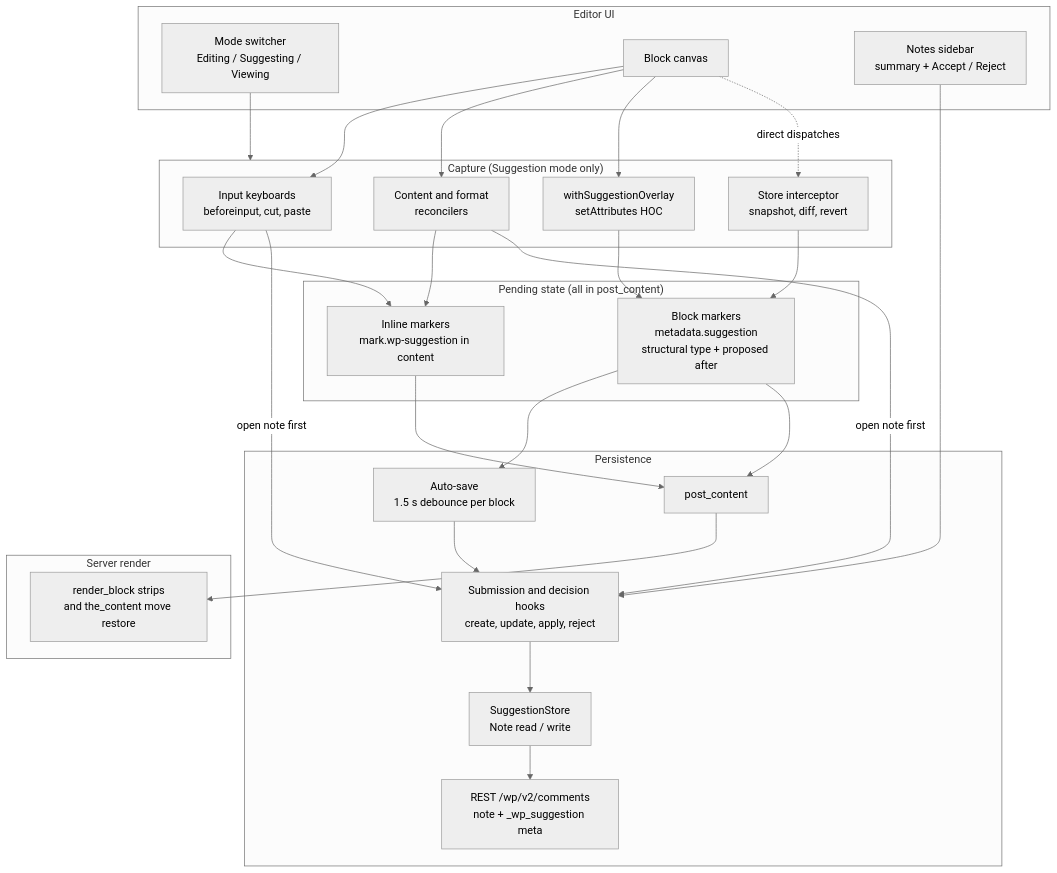
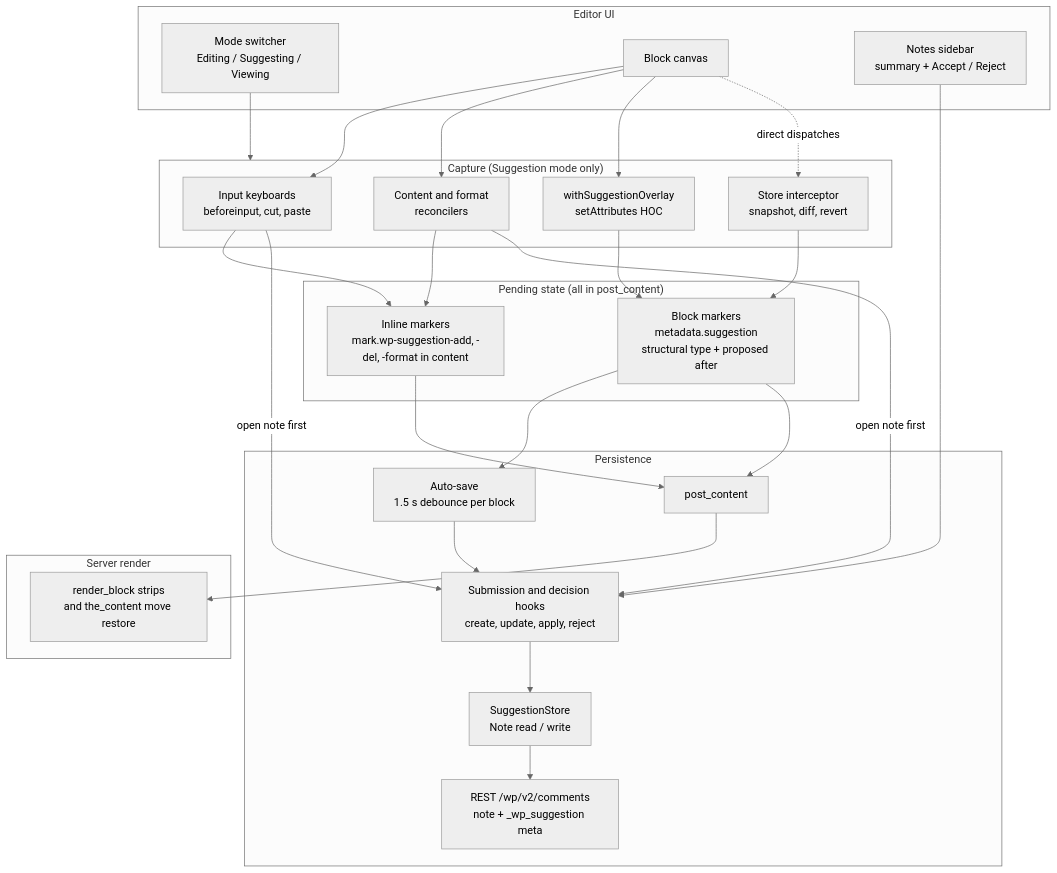
One commit to WordPress/gutenberg changed the first of 8 diagrams in docs/explanations/architecture/suggestions-overview.md. Above: the diagram before and after it, drawn with Mermaid (neutral theme). The commit also changed other lines of this file and 1 other file, not shown here.

First line of the commit message:
Suggestion mode: Document per-kind markers and overlapping suggestions

````diff
--- a/docs/explanations/architecture/suggestions-overview.md
+++ b/docs/explanations/architecture/suggestions-overview.md
@@ -33,43 +33,43 @@
 ```mermaid
 flowchart TB
     subgraph UI["Editor UI"]
         Switcher["Mode switcher<br/>Editing / Suggesting / Viewing"]
         Canvas["Block canvas"]
         Sidebar["Notes sidebar<br/>summary + Accept / Reject"]
     end
 
     subgraph Capture["Capture (Suggestion mode only)"]
         Keyboards["Input keyboards<br/>beforeinput, cut, paste"]
         Reconciler["Content and format<br/>reconcilers"]
         HOC["withSuggestionOverlay<br/>setAttributes HOC"]
         Interceptor["Store interceptor<br/>snapshot, diff, revert"]
     end
 
     subgraph State["Pending state (all in post_content)"]
-        Inline["Inline markers<br/>mark.wp-suggestion in content"]
+        Inline["Inline markers<br/>mark.wp-suggestion-add, -del, -format in content"]
         BlockMarker["Block markers<br/>metadata.suggestion<br/>structural type + proposed after"]
     end
 
     subgraph Persist["Persistence"]
         AutoSave["Auto-save<br/>1.5 s debounce per block"]
         Provider["Submission and decision hooks<br/>create, update, apply, reject"]
         Store["SuggestionStore<br/>Note read / write"]
         REST["REST /wp/v2/comments<br/>note + _wp_suggestion meta"]
         Post["post_content"]
     end
 
     subgraph Server["Server render"]
         Strip["render_block strips<br/>and the_content move restore"]
     end
 
     Switcher --> Capture
     Canvas --> Keyboards & Reconciler & HOC
     Canvas -. direct dispatches .-> Interceptor
     Keyboards & Reconciler --> Inline
     HOC & Interceptor --> BlockMarker
     Keyboards & Reconciler -- open note first --> Provider
     BlockMarker --> AutoSave --> Provider --> Store --> REST
     Inline & BlockMarker --> Post
     Sidebar --> Provider
     Post --> Strip
 ```
````
